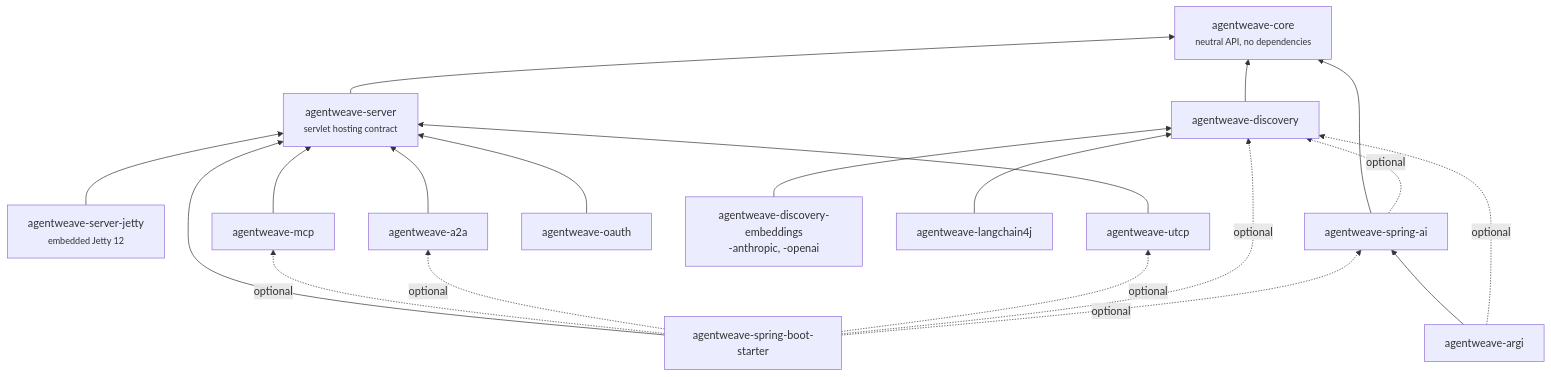
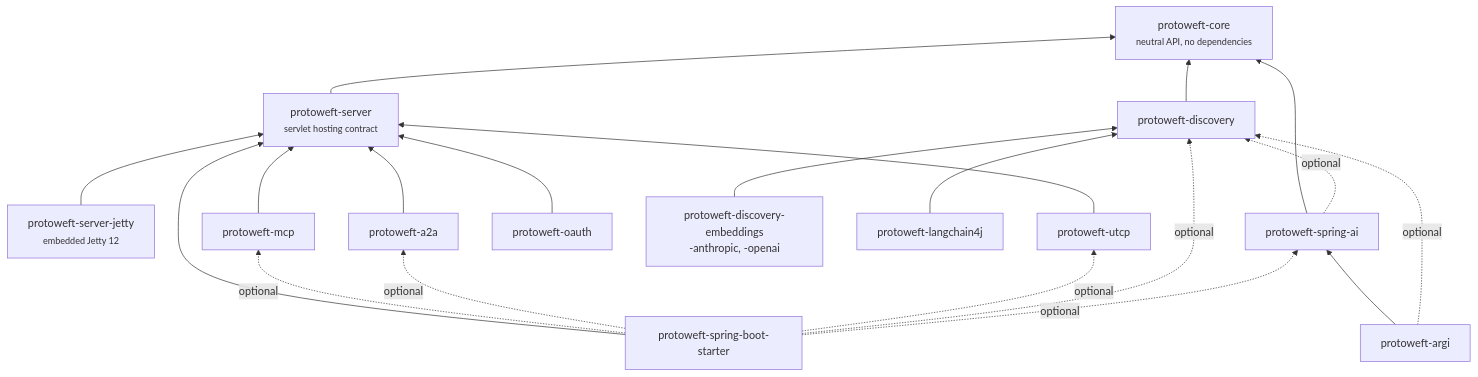
The diagram in docs/concepts/architecture.md (rahulbsw/protoweft), drawn with Mermaid before and after one commit. The commit also changed other lines of this file and 1097 other files, not shown here.

````diff
--- a/docs/concepts/architecture.md
+++ b/docs/concepts/architecture.md
@@ -8,36 +8,36 @@
 ```mermaid
 flowchart BT
-    core["agentweave-core<br/><small>neutral API, no dependencies</small>"]
-    server["agentweave-server<br/><small>servlet hosting contract</small>"]
-    jetty["agentweave-server-jetty<br/><small>embedded Jetty 12</small>"]
-    mcp["agentweave-mcp"]
-    a2a["agentweave-a2a"]
-    utcp["agentweave-utcp"]
-    oauth["agentweave-oauth"]
-    disc["agentweave-discovery"]
-    discx["agentweave-discovery-embeddings<br/>-anthropic, -openai"]
-    lc4j["agentweave-langchain4j"]
-    sai["agentweave-spring-ai"]
-    argi["agentweave-argi"]
-    starter["agentweave-spring-boot-starter"]
+    core["protoweft-core<br/><small>neutral API, no dependencies</small>"]
+    server["protoweft-server<br/><small>servlet hosting contract</small>"]
+    jetty["protoweft-server-jetty<br/><small>embedded Jetty 12</small>"]
+    mcp["protoweft-mcp"]
+    a2a["protoweft-a2a"]
+    utcp["protoweft-utcp"]
+    oauth["protoweft-oauth"]
+    disc["protoweft-discovery"]
+    discx["protoweft-discovery-embeddings<br/>-anthropic, -openai"]
+    lc4j["protoweft-langchain4j"]
+    sai["protoweft-spring-ai"]
+    argi["protoweft-argi"]
+    starter["protoweft-spring-boot-starter"]
 
     server --> core
     jetty --> server
     mcp --> server
     a2a --> server
     utcp --> server
     oauth --> server
     disc --> core
     discx --> disc
     lc4j --> disc
     sai --> core
     sai -. optional .-> disc
     argi --> sai
     argi -. optional .-> disc
     starter --> server
     starter -. optional .-> mcp
     starter -. optional .-> a2a
     starter -. optional .-> utcp
     starter -. optional .-> disc
     starter -. optional .-> sai
 ```
````
